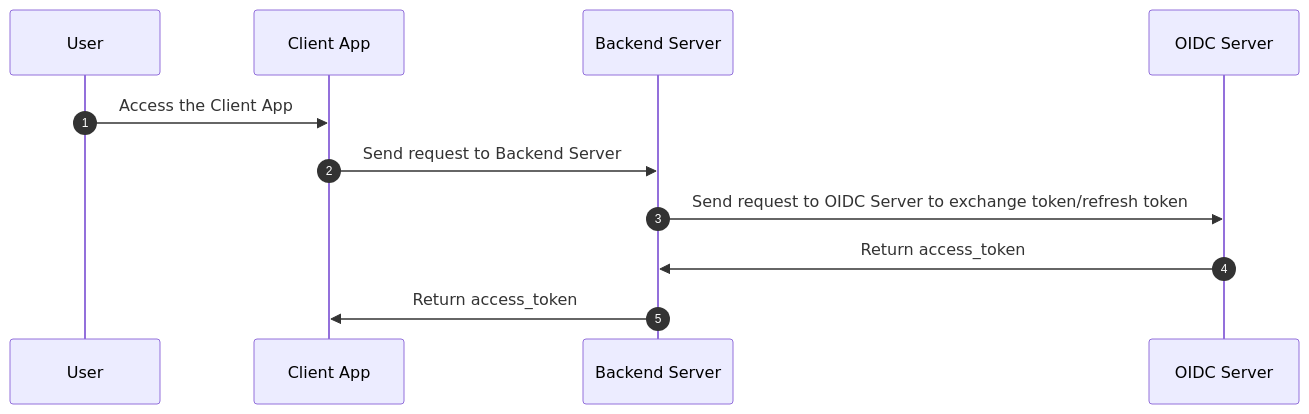
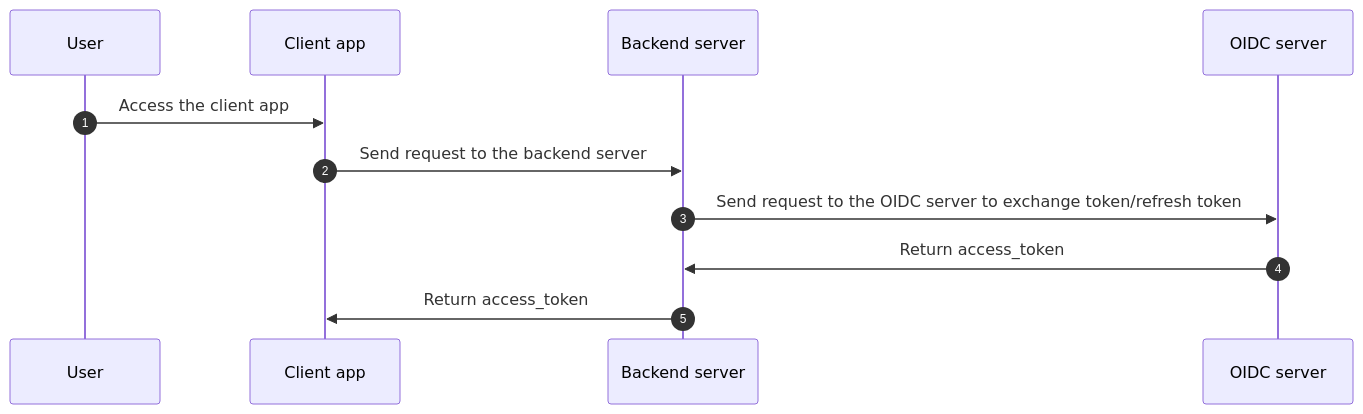
One commit to axieinfinity/oidc-quickstart changed the diagram in README.md. Above: the diagram before and after it, drawn with Mermaid. The commit also changed other lines of this file, not shown here.

````diff
--- a/README.md
+++ b/README.md
@@ -40,14 +45,14 @@
 ```mermaid
 sequenceDiagram
   participant U as User
   autonumber
-  participant CA as Client App
-  participant AS as Backend Server
-  participant RS as OIDC Server
+  participant CA as Client app
+  participant AS as Backend server
+  participant RS as OIDC server
 
-  U->>CA: Access the Client App
-  CA->>AS: Send request to Backend Server
-  AS->>RS: Send request to OIDC Server to exchange token/refresh token
+  U->>CA: Access the client app
+  CA->>AS: Send request to the backend server
+  AS->>RS: Send request to the OIDC server to exchange token/refresh token
   RS->>AS: Return access_token
   AS->>CA: Return access_token
 ```
````
